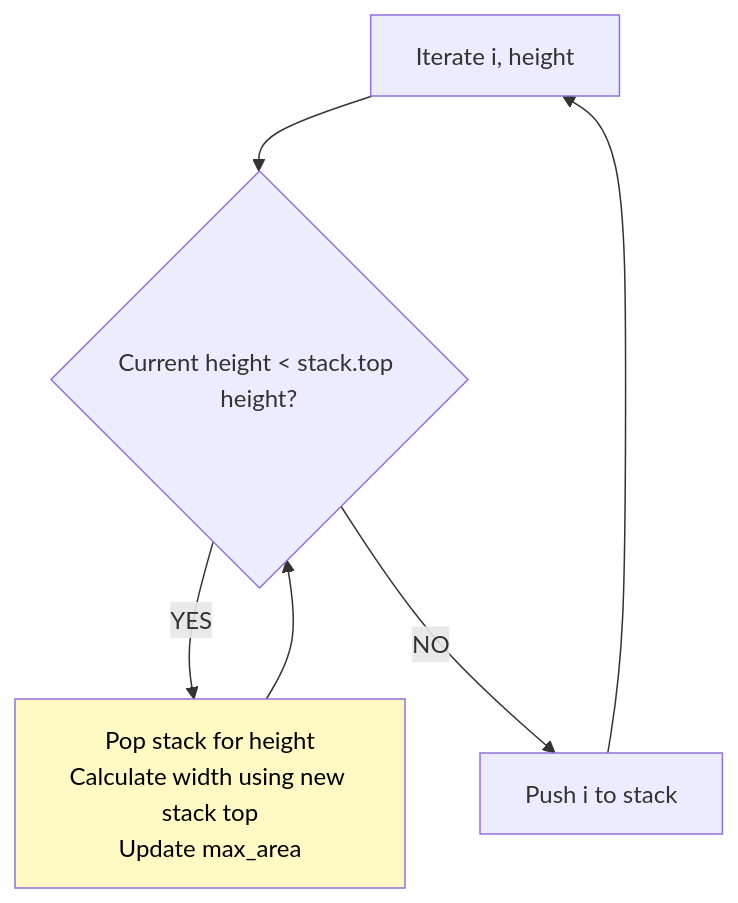
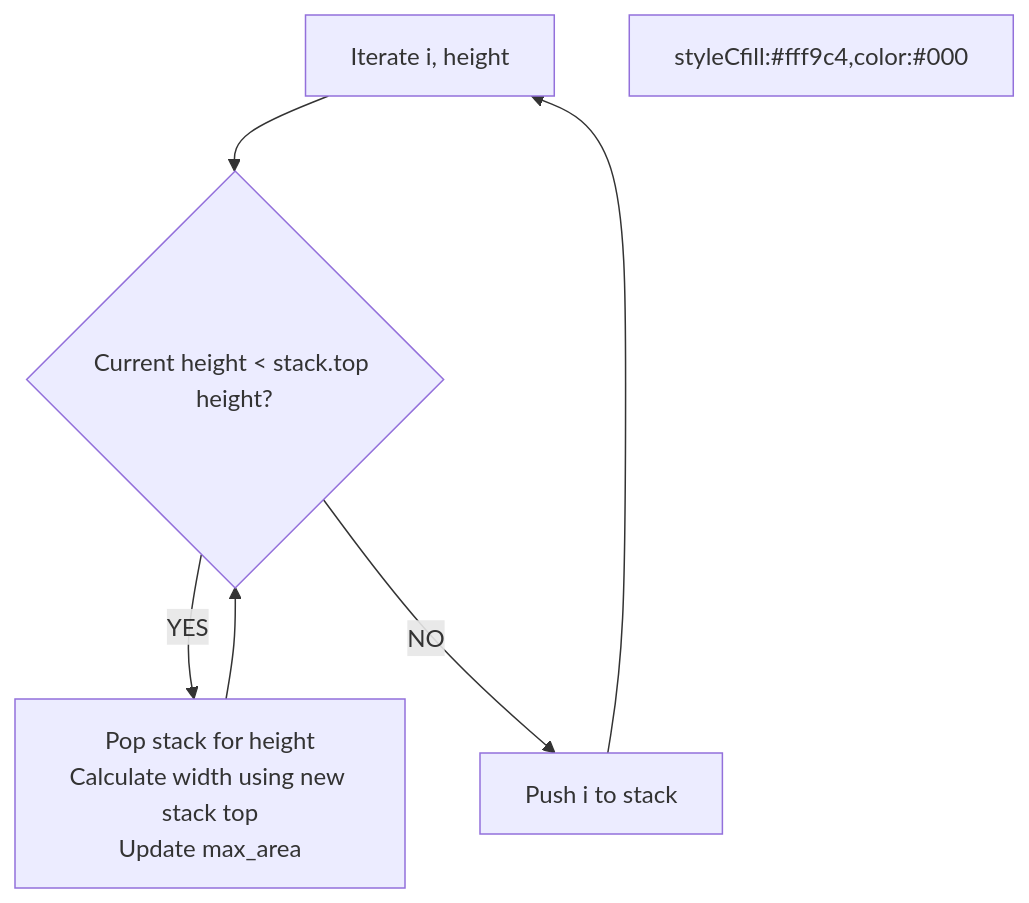
Before and after one commit to vadde/DSA: the diagram in 33 - Monotonic Queue Pattern/problem_04_largest_rectangle_walkthrough.md, drawn with Mermaid. The commit also changed 245 other files, not shown here.

First line of the commit message:
fix: Forensic fix of all Mermaid rendering issues across entire DSA repo + add pre-commit validation infrastructure

````diff
--- a/33 - Monotonic Queue Pattern/problem_04_largest_rectangle_walkthrough.md
+++ b/33 - Monotonic Queue Pattern/problem_04_largest_rectangle_walkthrough.md
@@ -39,10 +39,10 @@
 ```mermaid
 flowchart TD
     A["Iterate i, height"] --> B{"Current height < stack.top height?"}
     B -->|YES| C["Pop stack for height\nCalculate width using new stack top\nUpdate max_area"]
     C --> B
-    B -->|NO| D["Push i to stack"]
+B -->|NO| D["Push i to stack"]
     D --> A
-    
-    style C fill:#fff9c4,color:#000
+
+styleCfill:#fff9c4,color:#000
 ```
````
